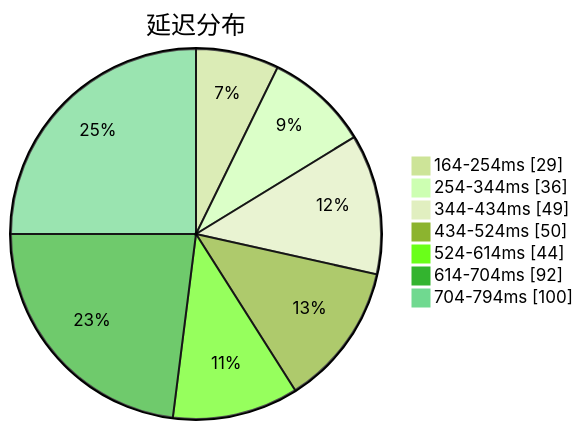
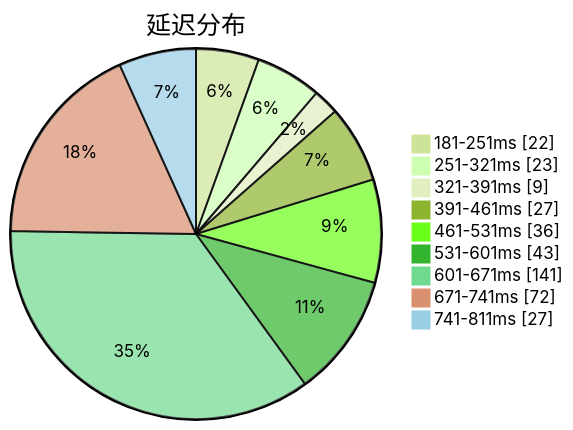
The first of 3 diagrams in subs/statistics/tested_within.md (qjlxg/airport), drawn with Mermaid (forest theme) before and after one commit. The commit also changed other lines of this file and 2 other files, not shown here.

````diff
--- a/subs/statistics/tested_within.md
+++ b/subs/statistics/tested_within.md
@@ -2,11 +2,13 @@
 ```mermaid
 pie showData
 title 延迟分布
-"164-254ms" : 29
-"254-344ms" : 36
-"344-434ms" : 49
-"434-524ms" : 50
-"524-614ms" : 44
-"614-704ms" : 92
-"704-794ms" : 100
+"181-251ms" : 22
+"251-321ms" : 23
+"321-391ms" : 9
+"391-461ms" : 27
+"461-531ms" : 36
+"531-601ms" : 43
+"601-671ms" : 141
+"671-741ms" : 72
+"741-811ms" : 27
 ```
````
